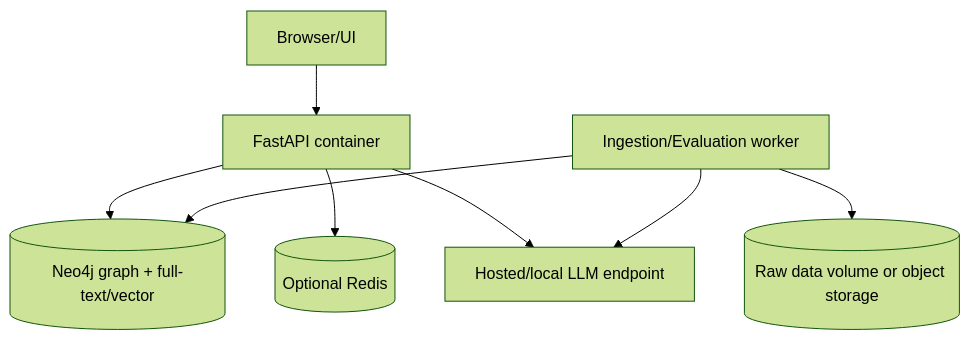
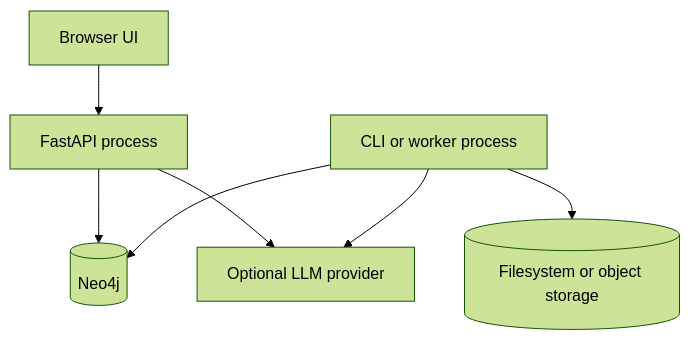
One commit to hungle123-dev/vietnamese-traffic-law-rag changed the diagram in docs/10-deployment-plan.md. Above: the diagram before and after it, drawn with Mermaid (forest theme). The commit also changed other lines of this file and 44 other files, not shown here.

Commit message:
docs: finalize traffic law GraphRAG blueprint

````diff
--- a/docs/10-deployment-plan.md
+++ b/docs/10-deployment-plan.md
@@ -19,18 +15,16 @@
 ```mermaid
 flowchart TB
-    Browser[Browser/UI]
-    API[FastAPI container]
-    Worker[Ingestion/Evaluation worker]
-    Neo4j[(Neo4j graph + full-text/vector)]
-    Raw[(Raw data volume or object storage)]
-    Cache[(Optional Redis)]
-    LLM[Hosted/local LLM endpoint]
+    Browser[Browser UI]
+    API[FastAPI process]
+    Worker[CLI or worker process]
+    Neo4j[(Neo4j)]
+    Artifacts[(Filesystem or object storage)]
+    LLM[Optional LLM provider]
 
     Browser --> API
     API --> Neo4j
-    API --> Cache
     API --> LLM
-    Worker --> Raw
+    Worker --> Artifacts
     Worker --> Neo4j
     Worker --> LLM
 ```
````
